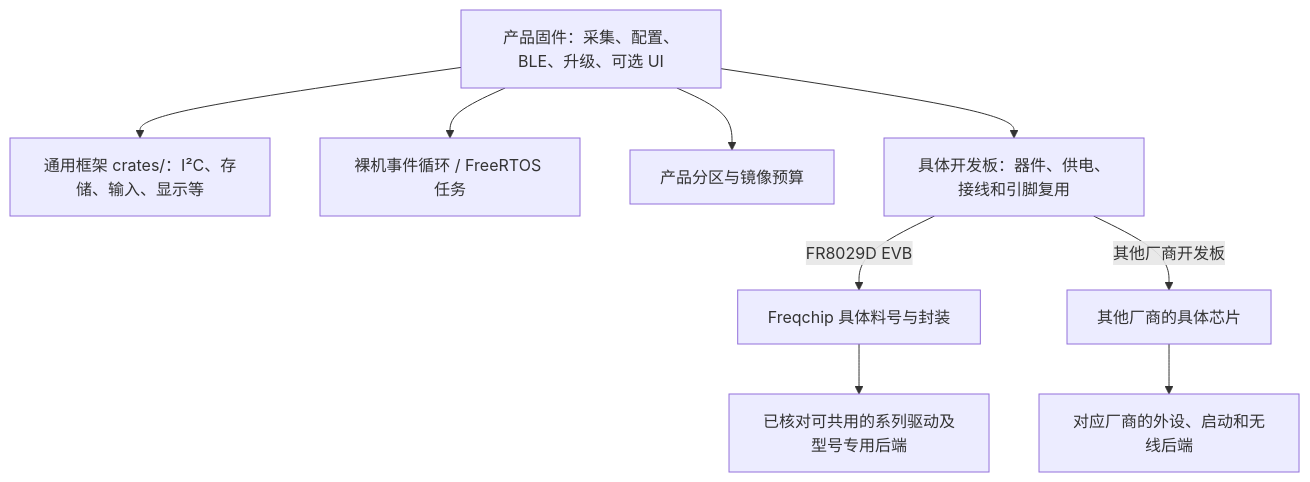
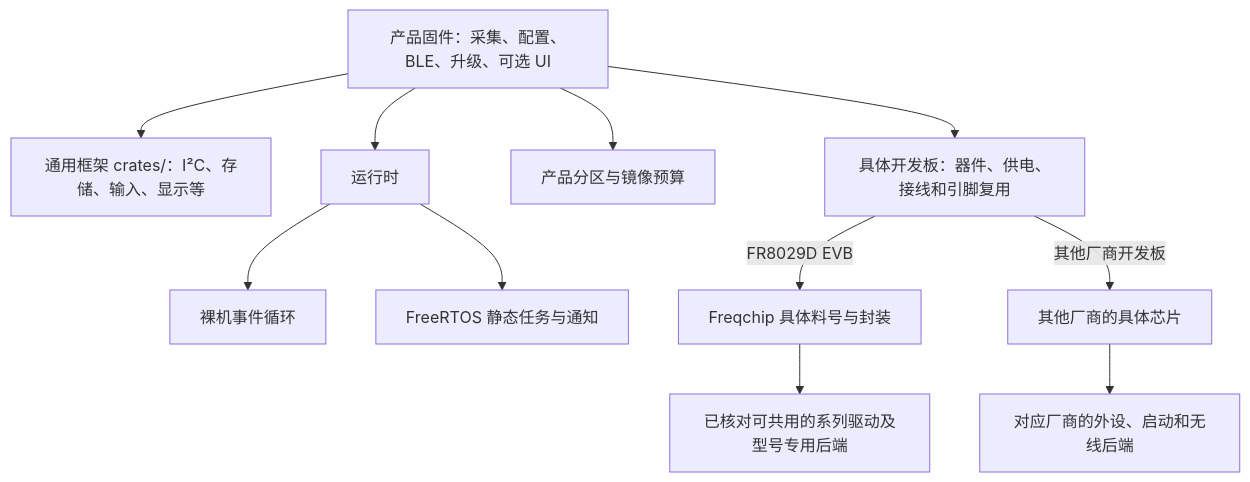
The diagram in docs/architecture/hardware-support.md (byx-darwin/moteframe), drawn with Mermaid before and after one commit. The commit also changed other lines of this file and 43 other files, not shown here.

````diff
--- a/docs/architecture/hardware-support.md
+++ b/docs/architecture/hardware-support.md
@@ -5,18 +5,22 @@
 ```mermaid
 flowchart TD
     App["产品固件：采集、配置、BLE、升级、可选 UI"]
     API["通用框架 crates/：I²C、存储、输入、显示等"]
-    RT["裸机事件循环 / FreeRTOS 任务"]
+    RT["运行时"]
+    Bare["裸机事件循环"]
+    Rtos["FreeRTOS 静态任务与通知"]
     Layout["产品分区与镜像预算"]
     Board["具体开发板：器件、供电、接线和引脚复用"]
     FR["Freqchip 具体料号与封装"]
     Other["其他厂商的具体芯片"]
     App --> API
     App --> RT
+    RT --> Bare
+    RT --> Rtos
     App --> Layout
     App --> Board
     Board -->|FR8029D EVB| FR
     Board -->|其他厂商开发板| Other
     FR --> FRDrv["已核对可共用的系列驱动及型号专用后端"]
     Other --> Drv["对应厂商的外设、启动和无线后端"]
 ```
````
